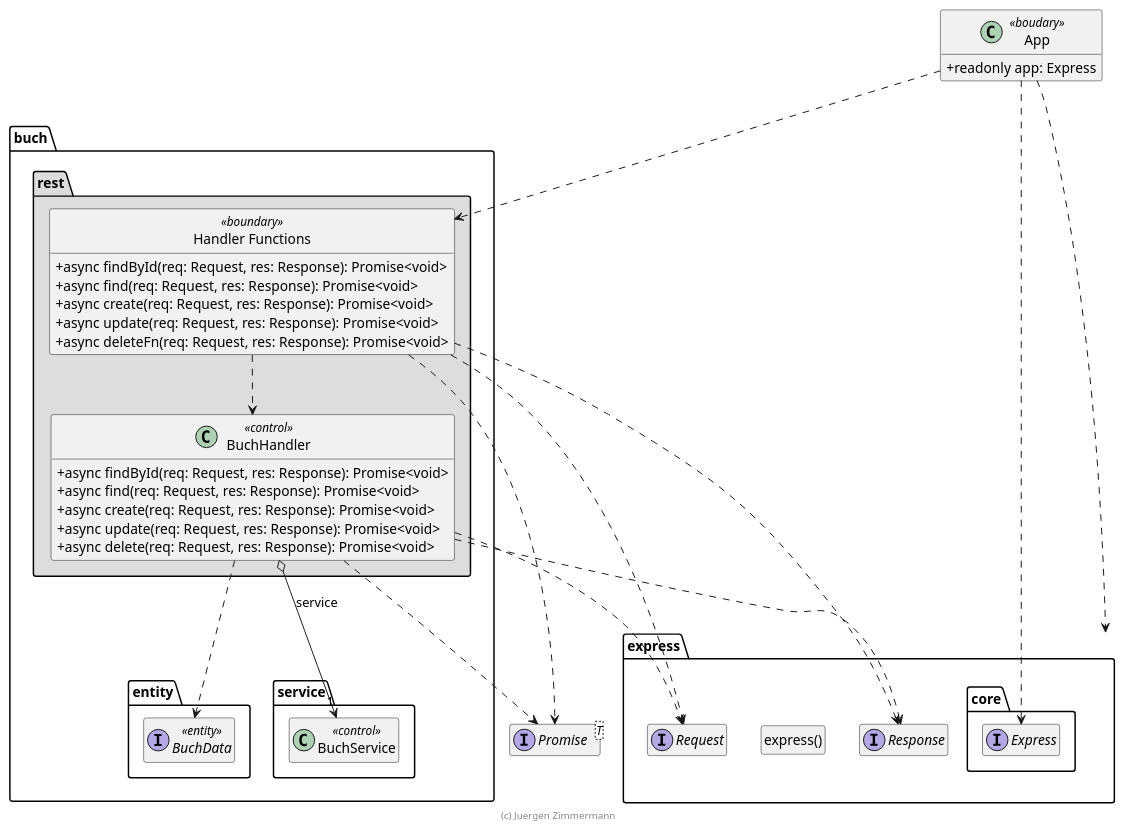
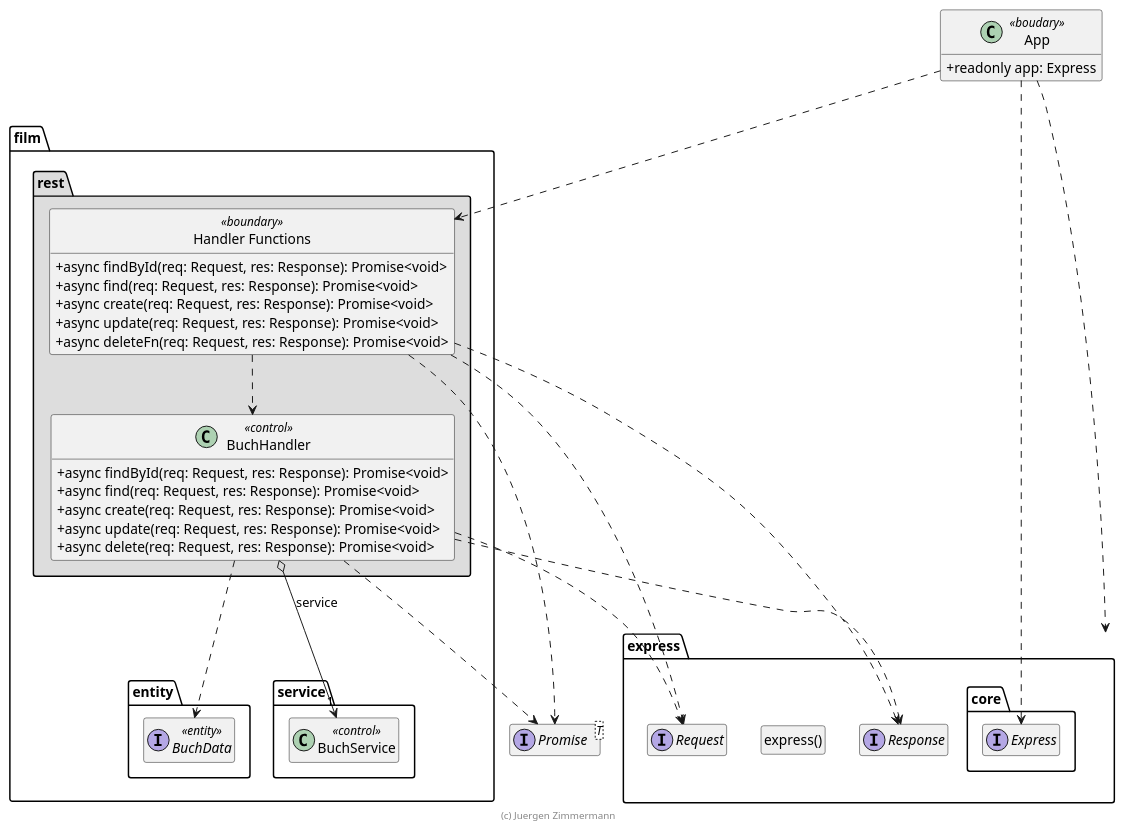
The diagram in doc/entwicklerhandbuch/FilmHandler.puml (marcelmaerdian/SWE_WS2020), drawn with PlantUML before and after one commit. The commit also changed 51 other files, not shown here.

```diff
--- a/doc/entwicklerhandbuch/FilmHandler.puml
+++ b/doc/entwicklerhandbuch/FilmHandler.puml
@@ -15,75 +15,75 @@
 @startuml Handler-Funktionen und Handler-Klasse
 
 !pragma useNewPackage
 skinparam classAttributeIconSize 0
 skinparam componentStyle uml2
 
 interface Promise<T>
 
 package express {
   package core {
     interface Express
   }
 
   class "express()" as express
   hide express circle
 
   interface Request
   interface Response
 }
 
 class App <<boudary>> {
   + readonly app: Express
 }
 App ..> Express
 App ..> express
 
-package buch {
+package film {
   package entity {
     interface BuchData <<entity>> {
     }
   }
 
   package service {
     class BuchService << control >> {
     }
   }
 
   package rest #DDDDDD {
     "Handler Functions" .right.> Request
     "Handler Functions" ..> Response
     "Handler Functions" ..> Promise
     "Handler Functions" ..> BuchHandler
 
     BuchHandler o--> "1" BuchService : service
     BuchHandler .right.> Request
     BuchHandler ..> Response
     BuchHandler ..> BuchData
     BuchHandler ..> Promise
 
     class "Handler Functions" << boundary >> {
       + async findById(req: Request, res: Response): Promise<void>
       + async find(req: Request, res: Response): Promise<void>
       + async create(req: Request, res: Response): Promise<void>
       + async update(req: Request, res: Response): Promise<void>
       + async deleteFn(req: Request, res: Response): Promise<void>
     }
     hide "Handler Functions" << boundary >> circle
 
     class BuchHandler << control >> {
       + async findById(req: Request, res: Response): Promise<void>
       + async find(req: Request, res: Response): Promise<void>
       + async create(req: Request, res: Response): Promise<void>
       + async update(req: Request, res: Response): Promise<void>
       + async delete(req: Request, res: Response): Promise<void>
     }
   }
 }
 
 App ..> "Handler Functions"
 
 hide empty members
 
 footer (c) Juergen Zimmermann
 
 @enduml
```
